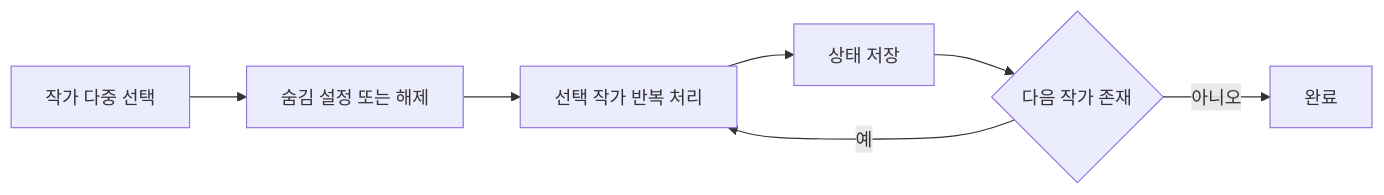
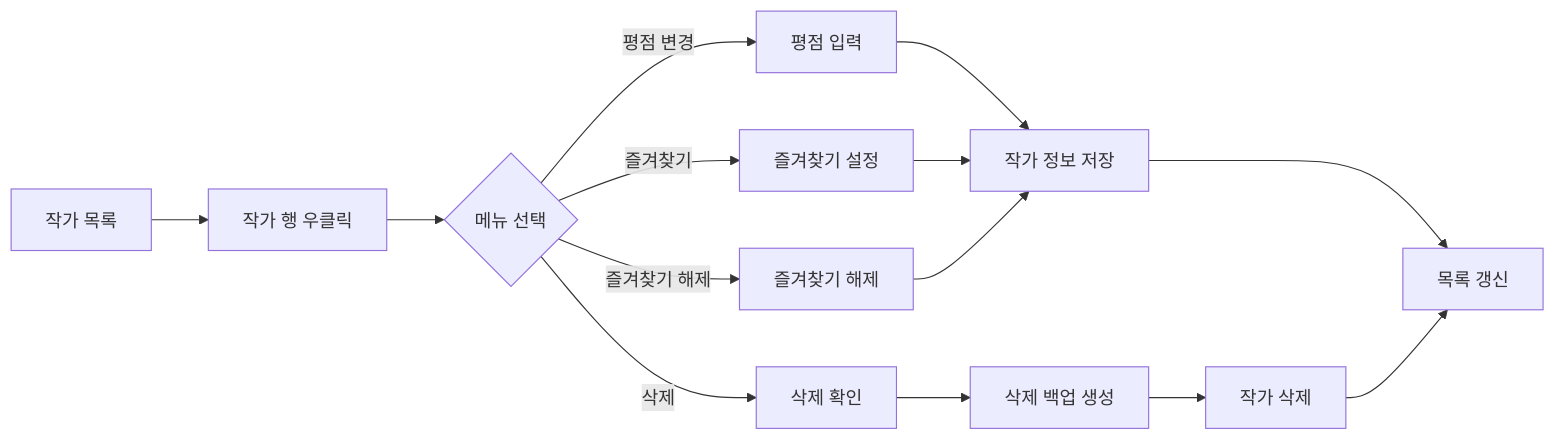
Before and after one commit to PKT0623/PixivLocalManager: diagram 42 of 44 in docs/03_SYSTEM_FLOW.md, drawn with Mermaid. The commit also changed other lines of this file and 10 other files, not shown here.

Commit message:
docs: update V2 completion status and V3 roadmap

````diff
--- a/docs/03_SYSTEM_FLOW.md
+++ b/docs/03_SYSTEM_FLOW.md
@@ -857,16 +974,24 @@
-```mermaid 
+```mermaid
 flowchart LR
 
-A[작가 다중 선택]
+A[작가 목록]
 
-A --> B[숨김 설정 또는 해제]
+A --> B[작가 행 우클릭]
 
-B --> C[선택 작가 반복 처리]
+B --> C{메뉴 선택}
 
-C --> D[상태 저장]
+C -->|평점 변경| D[평점 입력]
+C -->|즐겨찾기| E[즐겨찾기 설정]
+C -->|즐겨찾기 해제| F[즐겨찾기 해제]
+C -->|삭제| G[삭제 확인]
 
-D --> E{다음 작가 존재}
+D --> H[작가 정보 저장]
+E --> H
+F --> H
 
-E -->|예| C
-E -->|아니오| F[완료]
+G --> I[삭제 백업 생성]
+I --> J[작가 삭제]
+
+H --> K[목록 갱신]
+J --> K
 ```
````
